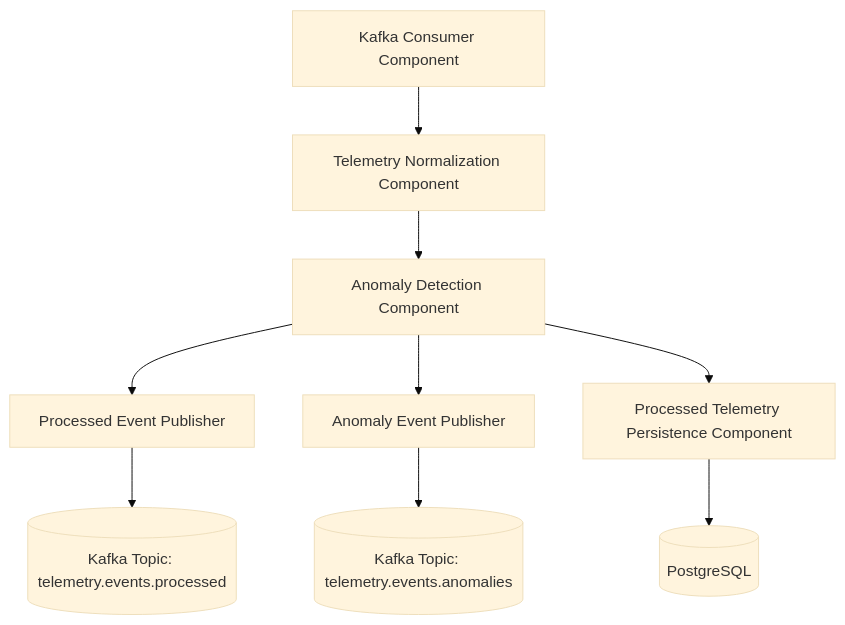
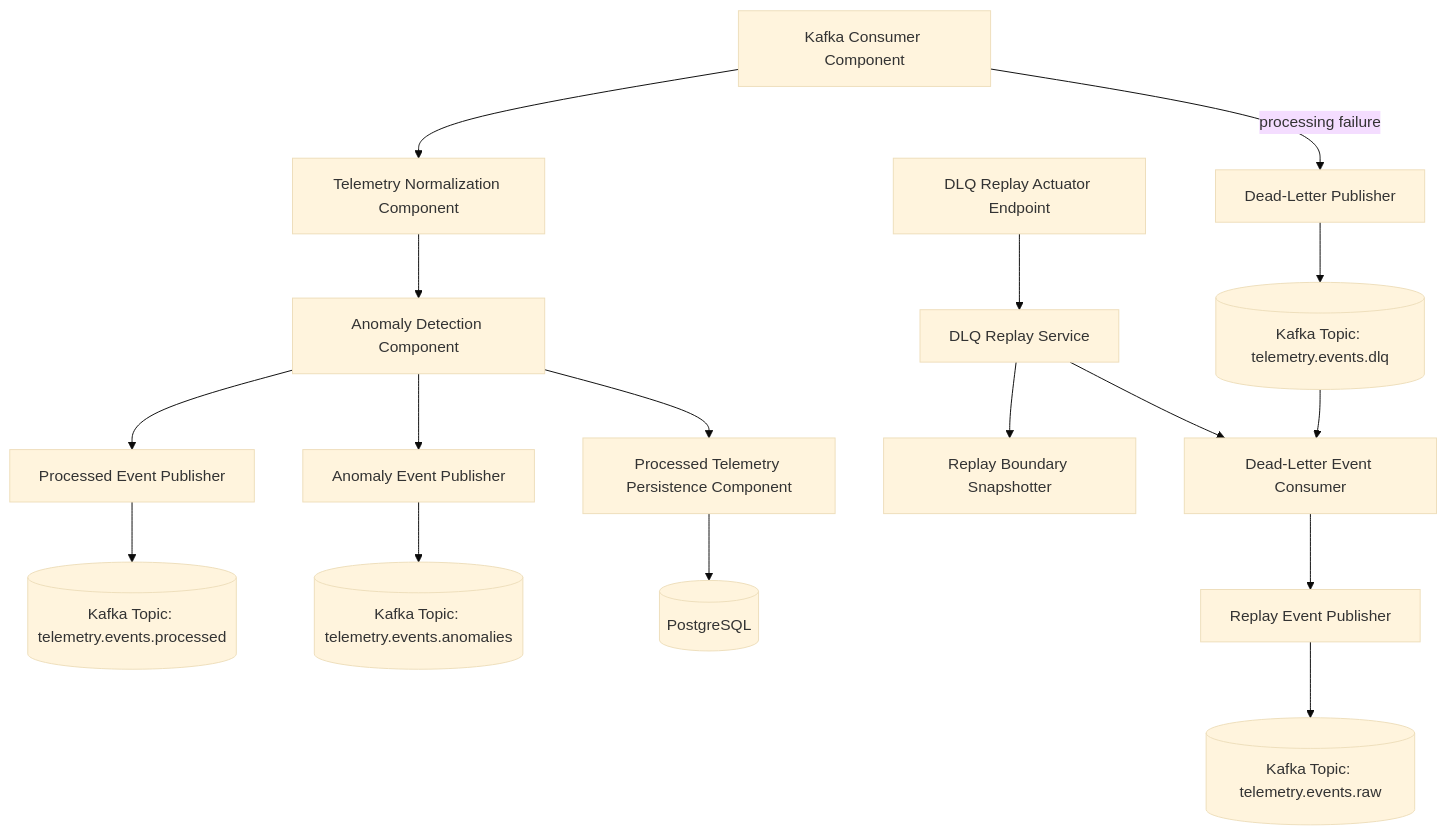
The fourth of 4 diagrams in docs/architecture/c4-model.md (ME-Massine/pulsestream), drawn with Mermaid (base theme) before and after one commit. The commit also changed other lines of this file and 14 other files, not shown here.

First line of the commit message:
docs: synchronize roadmap, project state, diagrams, and issue hierarchy (#261)

````diff
--- a/docs/architecture/c4-model.md
+++ b/docs/architecture/c4-model.md
@@ -151,12 +159,22 @@
 ```mermaid
 flowchart TB
     A[Kafka Consumer Component] --> B[Telemetry Normalization Component]
     B --> C[Anomaly Detection Component]
     C --> D[Processed Event Publisher]
     C --> E[Anomaly Event Publisher]
     C --> F[Processed Telemetry Persistence Component]
 
     D --> G[(Kafka Topic: telemetry.events.processed)]
     E --> H[(Kafka Topic: telemetry.events.anomalies)]
     F --> I[(PostgreSQL)]
+
+    A -->|processing failure| J[Dead-Letter Publisher]
+    J --> K[(Kafka Topic: telemetry.events.dlq)]
+
+    L[DLQ Replay Actuator Endpoint] --> M[DLQ Replay Service]
+    M --> N[Replay Boundary Snapshotter]
+    M --> O[Dead-Letter Event Consumer]
+    K --> O
+    O --> P[Replay Event Publisher]
+    P --> Q[(Kafka Topic: telemetry.events.raw)]
 ```
````
